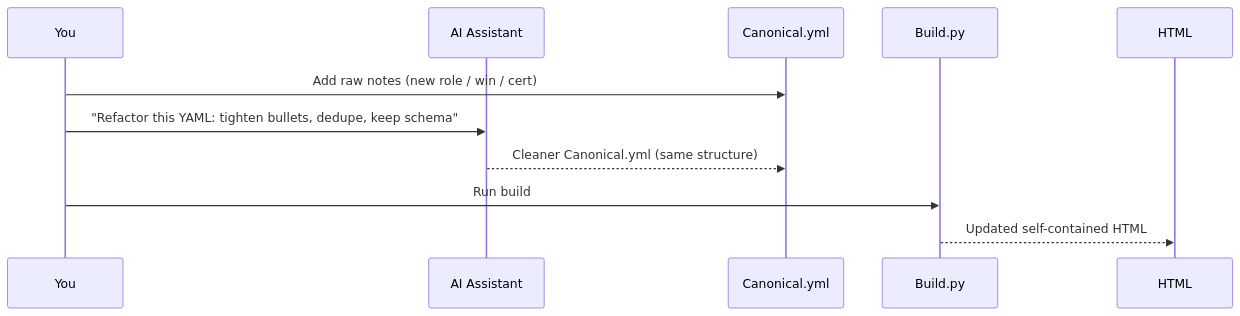
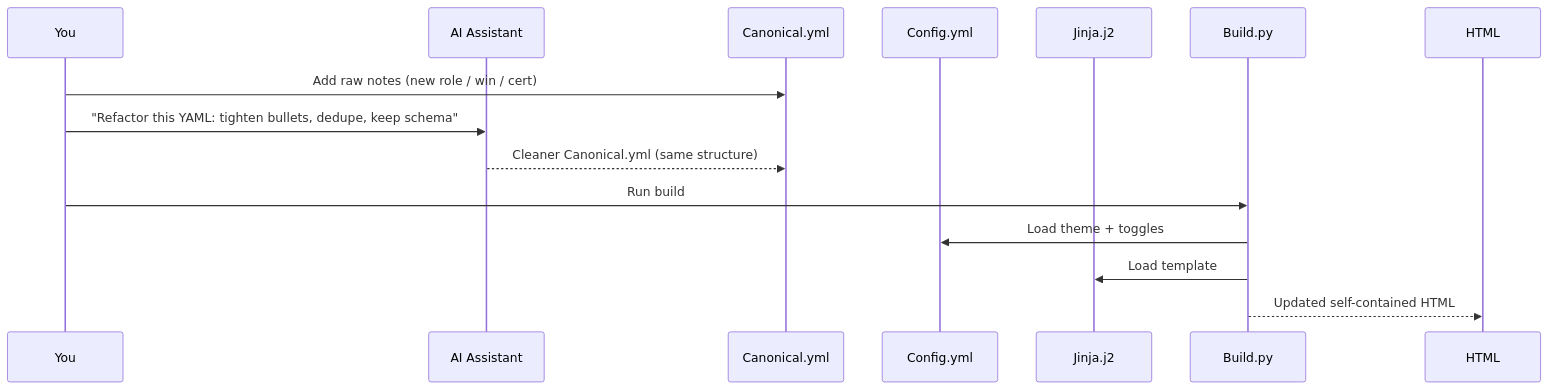
Before and after one commit to michaelljackson101/CVFoundry-Lite: the second of 2 diagrams in docs/how-to.md, drawn with Mermaid. The commit also changed other lines of this file and 1 other file, not shown here.

Commit message:
Expanded how-to to cover role of jinja.

````diff
--- a/docs/how-to.md
+++ b/docs/how-to.md
@@ -111,14 +111,18 @@
 ```mermaid
 sequenceDiagram
   participant You
   participant AI as AI Assistant
   participant Y as Canonical.yml
+  participant C as Config.yml
+  participant T as Jinja.j2
   participant B as Build.py
   participant H as HTML
 
   You->>Y: Add raw notes (new role / win / cert)
   You->>AI: "Refactor this YAML: tighten bullets, dedupe, keep schema"
   AI-->>Y: Cleaner Canonical.yml (same structure)
   You->>B: Run build
+  B->>C: Load theme + toggles
+  B->>T: Load template
   B-->>H: Updated self-contained HTML
 ```
````
